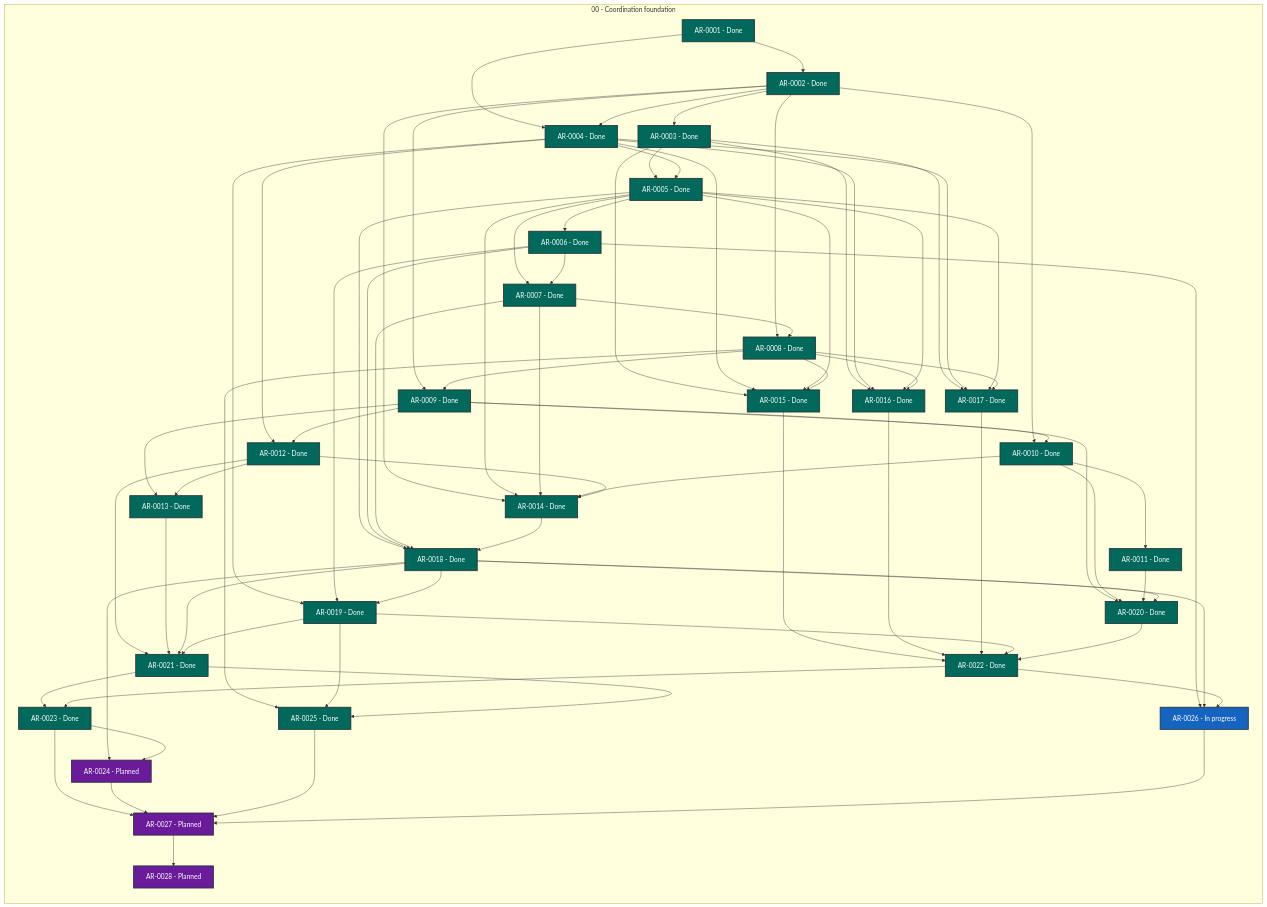
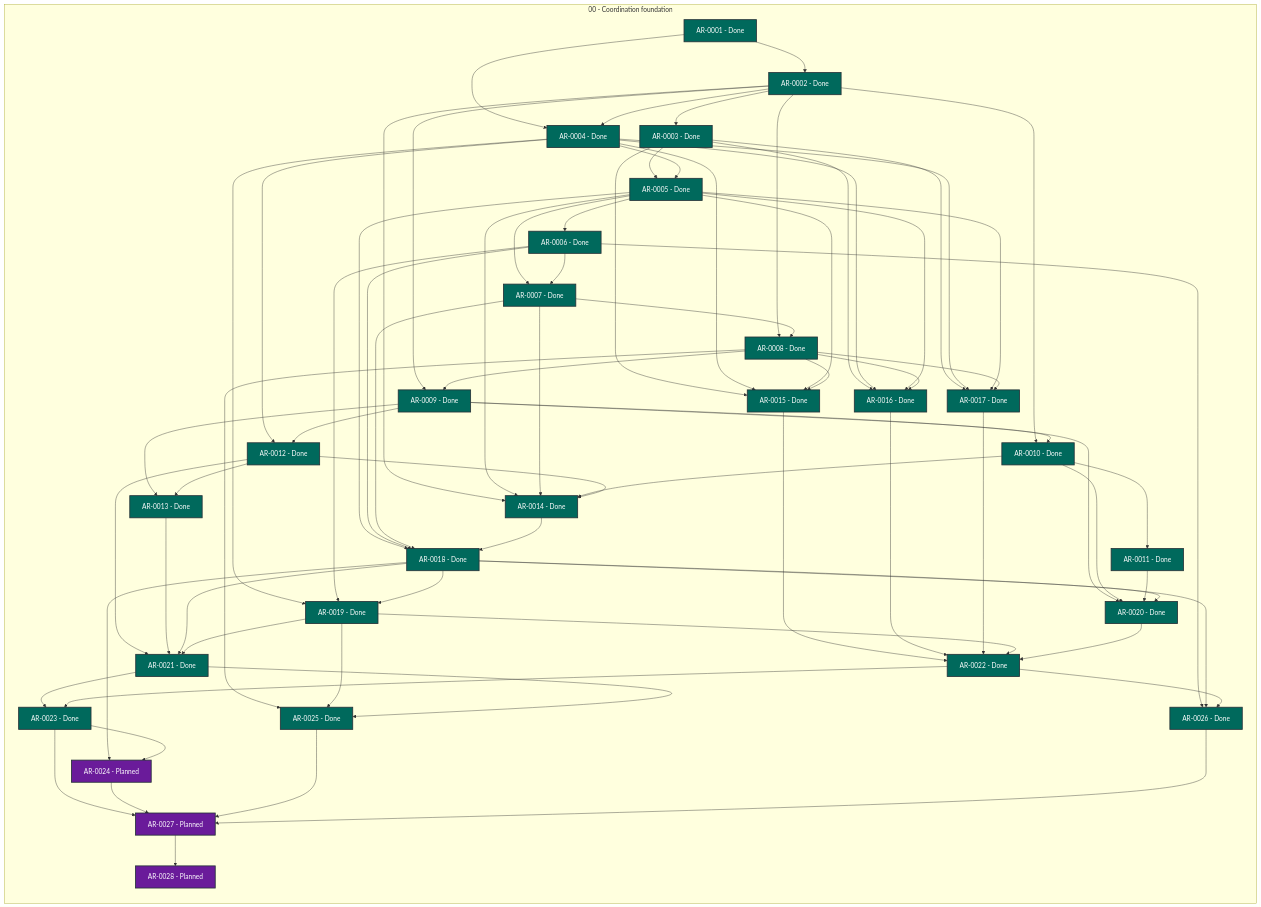
Before and after one commit to martin-beck/agent-workflow-runtime-state: the diagram in STATUS.md, drawn with Mermaid. The commit also changed other lines of this file and 2 other files, not shown here.

```diff
--- a/STATUS.md
+++ b/STATUS.md
@@ -53,7 +53,7 @@
         AR_0023["AR-0023 - Done"]:::status_done
         AR_0024["AR-0024 - Planned"]:::status_planned
         AR_0025["AR-0025 - Done"]:::status_done
-        AR_0026["AR-0026 - In progress"]:::status_in_progress
+        AR_0026["AR-0026 - Done"]:::status_done
         AR_0027["AR-0027 - Planned"]:::status_planned
         AR_0028["AR-0028 - Planned"]:::status_planned
     end
```
